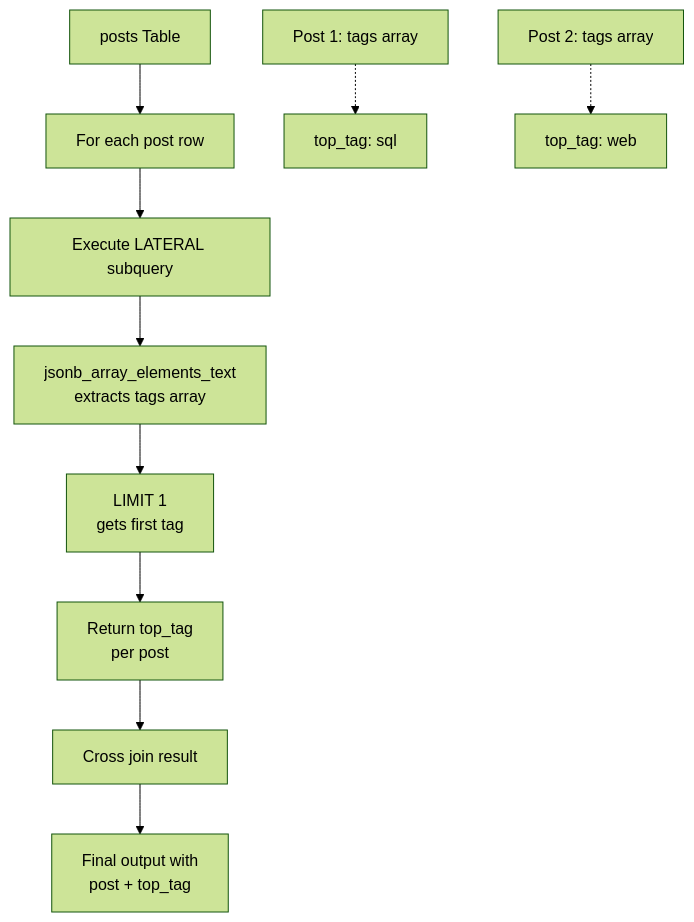
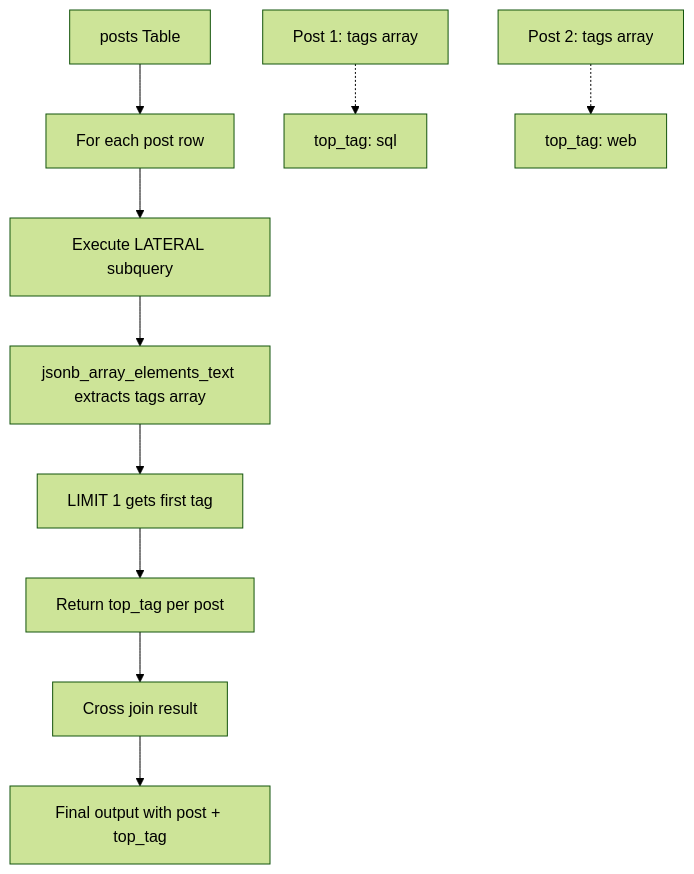
Before and after one commit to basharArif/sql-learning-path: the diagram in advanced/2-lateral-joins-and-json-functions.md, drawn with Mermaid (forest theme). The commit also changed 12 other files, not shown here.

Commit message:
Fix Mermaid diagrams in remaining files: Replace \n with spaces for proper rendering

````diff
--- a/advanced/2-lateral-joins-and-json-functions.md
+++ b/advanced/2-lateral-joins-and-json-functions.md
@@ -59,14 +59,14 @@
 ```mermaid
 graph TD
     A[posts Table] --> B[For each post row]
     B --> C[Execute LATERAL subquery]
-    C --> D[jsonb_array_elements_text\nextracts tags array]
-    D --> E[LIMIT 1\ngets first tag]
-    E --> F[Return top_tag\nper post]
+    C --> D[jsonb_array_elements_text extracts tags array]
+    D --> E[LIMIT 1 gets first tag]
+    E --> F[Return top_tag per post]
     
     G[Post 1: tags array] -.-> H[top_tag: sql]
     I[Post 2: tags array] -.-> J[top_tag: web]
     
     F --> K[Cross join result]
-    K --> L[Final output with\npost + top_tag]
+    K --> L[Final output with post + top_tag]
 ```
````
